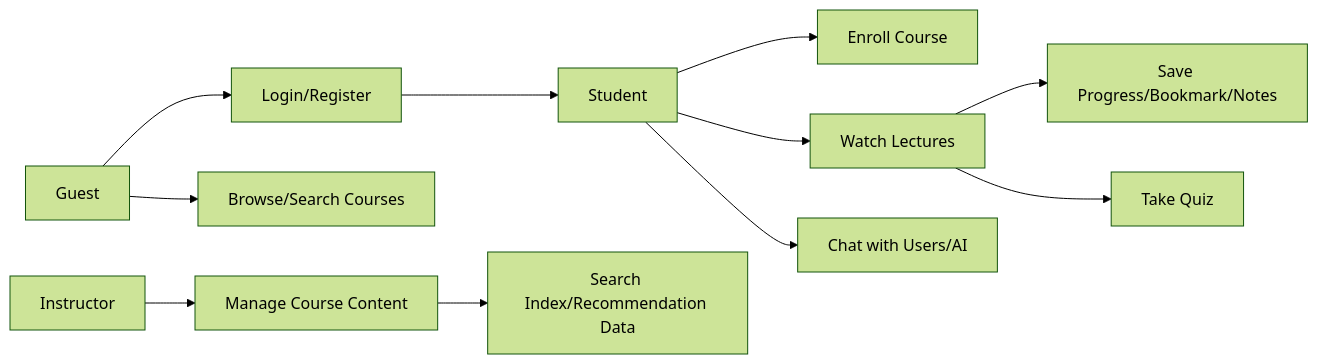
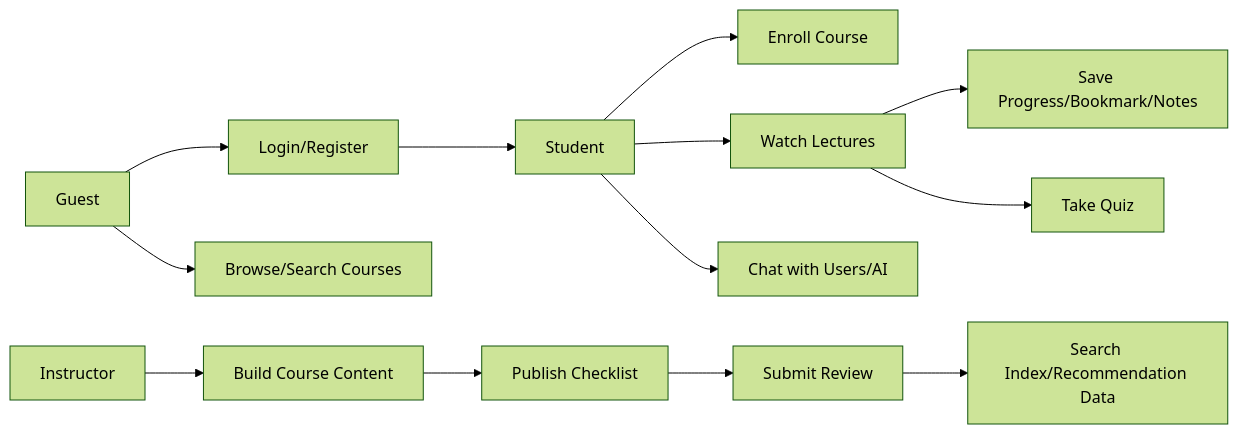
Before and after one commit to nKhanGh/e-learning: the diagram in docs/project-overview.md, drawn with Mermaid (forest theme). The commit also changed other lines of this file and 15 other files, not shown here.

````diff
--- a/docs/project-overview.md
+++ b/docs/project-overview.md
@@ -24,13 +24,15 @@
 ```mermaid
 flowchart LR
     Guest["Guest"] --> Auth["Login/Register"]
     Guest --> Browse["Browse/Search Courses"]
     Auth --> Student["Student"]
     Student --> Enroll["Enroll Course"]
     Student --> Learn["Watch Lectures"]
     Learn --> Progress["Save Progress/Bookmark/Notes"]
     Learn --> Quiz["Take Quiz"]
     Student --> Chat["Chat with Users/AI"]
-    Instructor["Instructor"] --> ManageCourse["Manage Course Content"]
-    ManageCourse --> CourseIndex["Search Index/Recommendation Data"]
+    Instructor["Instructor"] --> ManageCourse["Build Course Content"]
+    ManageCourse --> Checklist["Publish Checklist"]
+    Checklist --> Review["Submit Review"]
+    Review --> CourseIndex["Search Index/Recommendation Data"]
 ```
````
